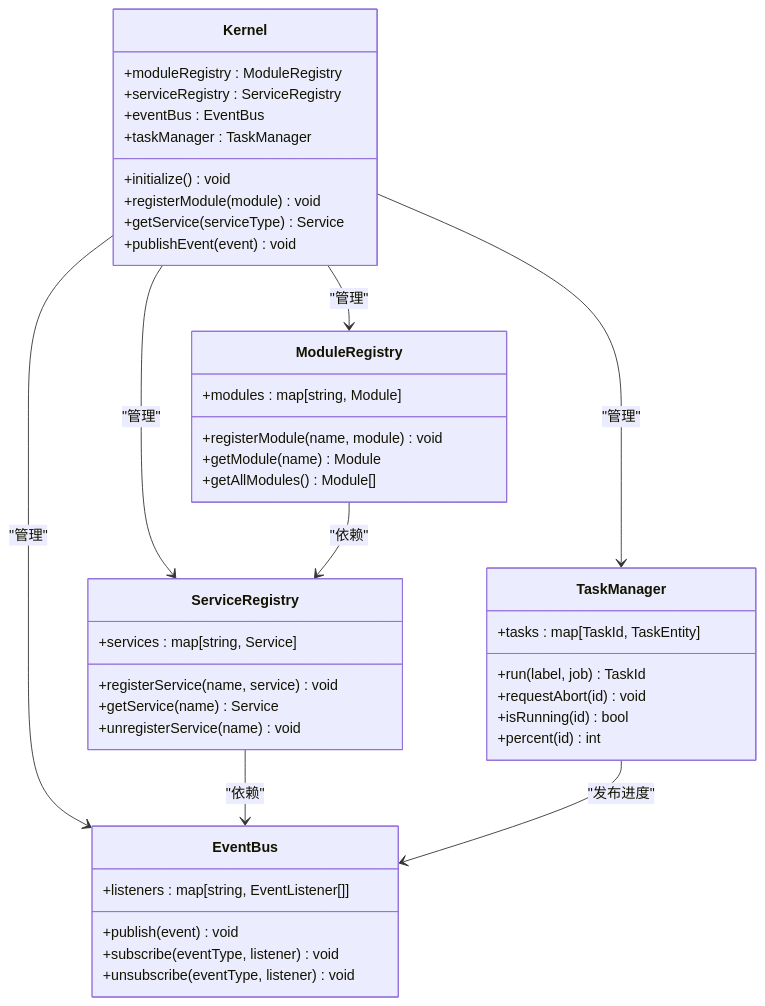
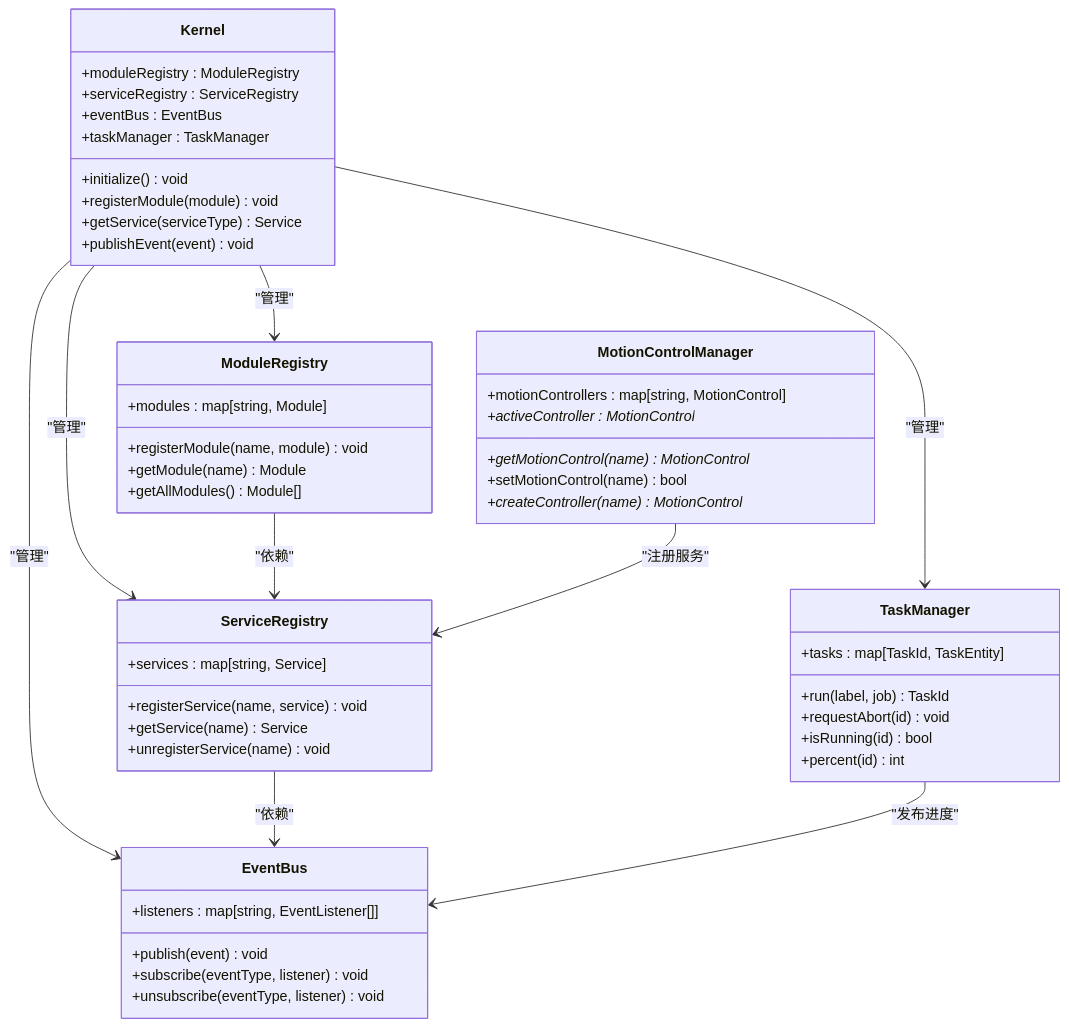
The second of 26 diagrams in .qoder/repowiki/zh/content/项目概述/模块设计/Process模块设计/Process模块服务管理架构改进.md (super1wang/LaserCNCv1.0), drawn with Mermaid before and after one commit. The commit also changed other lines of this file and 25 other files, not shown here.

````diff
--- a/.qoder/repowiki/zh/content/项目概述/模块设计/Process模块设计/Process模块服务管理架构改进.md
+++ b/.qoder/repowiki/zh/content/项目概述/模块设计/Process模块设计/Process模块服务管理架构改进.md
@@ -209,45 +235,53 @@
 ```mermaid
 classDiagram
 class Kernel {
 +moduleRegistry : ModuleRegistry
 +serviceRegistry : ServiceRegistry
 +eventBus : EventBus
 +taskManager : TaskManager
 +initialize() void
 +registerModule(module) void
 +getService(serviceType) Service
 +publishEvent(event) void
 }
 class ModuleRegistry {
 +modules : map[string, Module]
 +registerModule(name, module) void
 +getModule(name) Module
 +getAllModules() Module[]
 }
 class ServiceRegistry {
 +services : map[string, Service]
 +registerService(name, service) void
 +getService(name) Service
 +unregisterService(name) void
 }
 class EventBus {
 +listeners : map[string, EventListener[]]
 +publish(event) void
 +subscribe(eventType, listener) void
 +unsubscribe(eventType, listener) void
 }
 class TaskManager {
 +tasks : map[TaskId, TaskEntity]
 +run(label, job) TaskId
 +requestAbort(id) void
 +isRunning(id) bool
 +percent(id) int
 }
+class MotionControlManager {
++motionControllers : map[string, MotionControl]
++activeController : MotionControl*
++getMotionControl(name) MotionControl*
++setMotionControl(name) bool
++createController(name) MotionControl*
+}
 Kernel --> ModuleRegistry : "管理"
 Kernel --> ServiceRegistry : "管理"
 Kernel --> EventBus : "管理"
 Kernel --> TaskManager : "管理"
 ModuleRegistry --> ServiceRegistry : "依赖"
 ServiceRegistry --> EventBus : "依赖"
 TaskManager --> EventBus : "发布进度"
+MotionControlManager --> ServiceRegistry : "注册服务"
 ```
````
